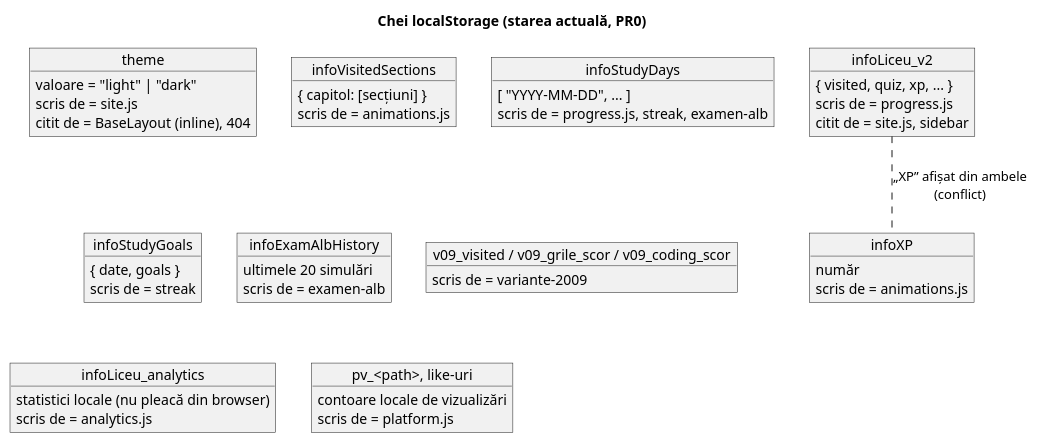
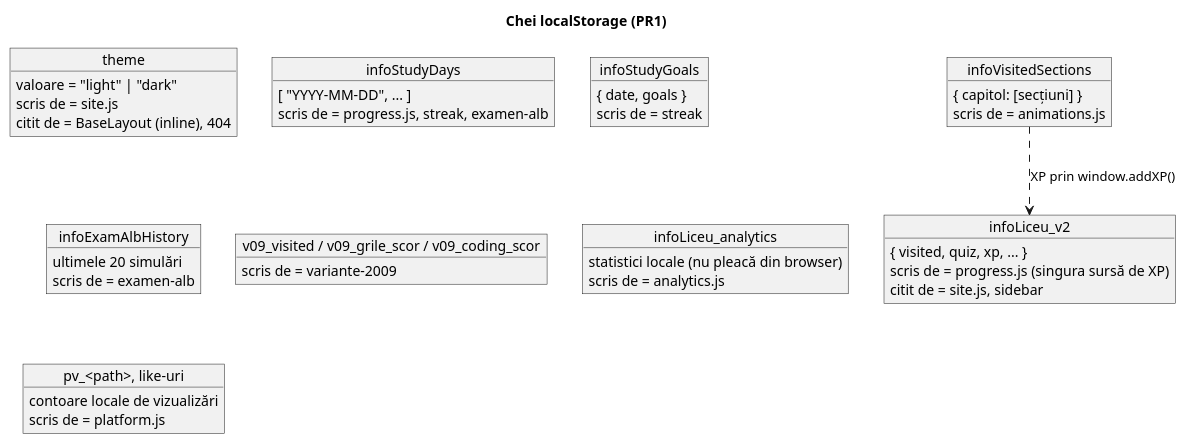
One commit to cristi197/Complexitate-Algoritmi changed the diagram in astro-legacy/docs/architecture/diagrams/storage.puml. Above: the diagram before and after it, drawn with PlantUML. The commit also changed 54 other files, not shown here.

```diff
--- a/astro-legacy/docs/architecture/diagrams/storage.puml
+++ b/astro-legacy/docs/architecture/diagrams/storage.puml
@@ -1,47 +1,43 @@
 @startuml storage
-title Chei localStorage (starea actuală, PR0)
+title Chei localStorage (PR1)
 
 object "theme" as theme {
   valoare = "light" | "dark"
   scris de = site.js
   citit de = BaseLayout (inline), 404
 }
 object "infoLiceu_v2" as progress {
   { visited, quiz, xp, ... }
-  scris de = progress.js
+  scris de = progress.js (singura sursă de XP)
   citit de = site.js, sidebar
-}
-object "infoXP" as xp {
-  număr
-  scris de = animations.js
 }
 object "infoVisitedSections" as sections {
   { capitol: [secțiuni] }
   scris de = animations.js
 }
 object "infoStudyDays" as days {
   [ "YYYY-MM-DD", ... ]
   scris de = progress.js, streak, examen-alb
 }
 object "infoStudyGoals" as goals {
   { date, goals }
   scris de = streak
 }
 object "infoExamAlbHistory" as exam {
   ultimele 20 simulări
   scris de = examen-alb
 }
 object "v09_visited / v09_grile_scor / v09_coding_scor" as v09 {
   scris de = variante-2009
 }
 object "infoLiceu_analytics" as analytics {
   statistici locale (nu pleacă din browser)
   scris de = analytics.js
 }
 object "pv_<path>, like-uri" as pv {
   contoare locale de vizualizări
   scris de = platform.js
 }
 
-progress .. xp : „XP” afișat din ambele\n(conflict)
+sections ..> progress : XP prin window.addXP()
 @enduml
```
